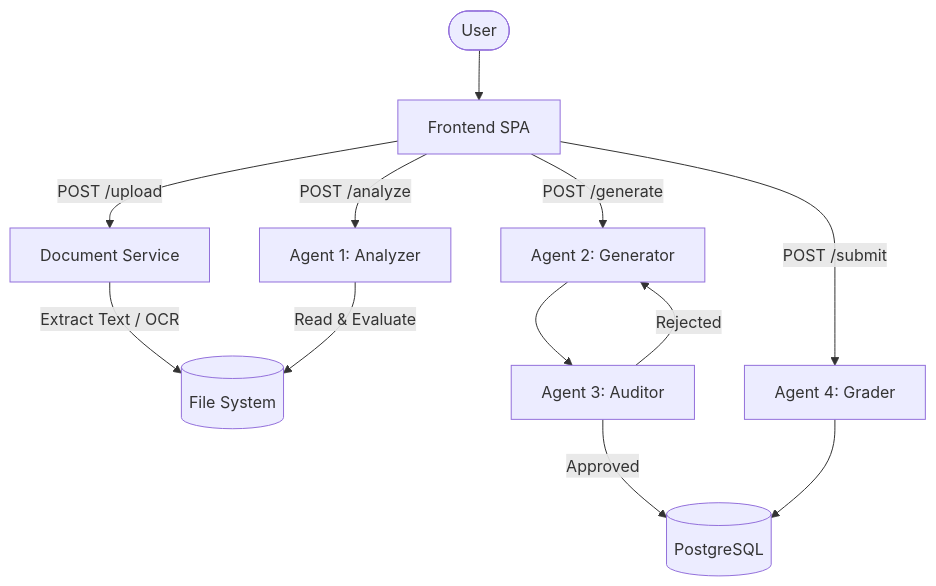
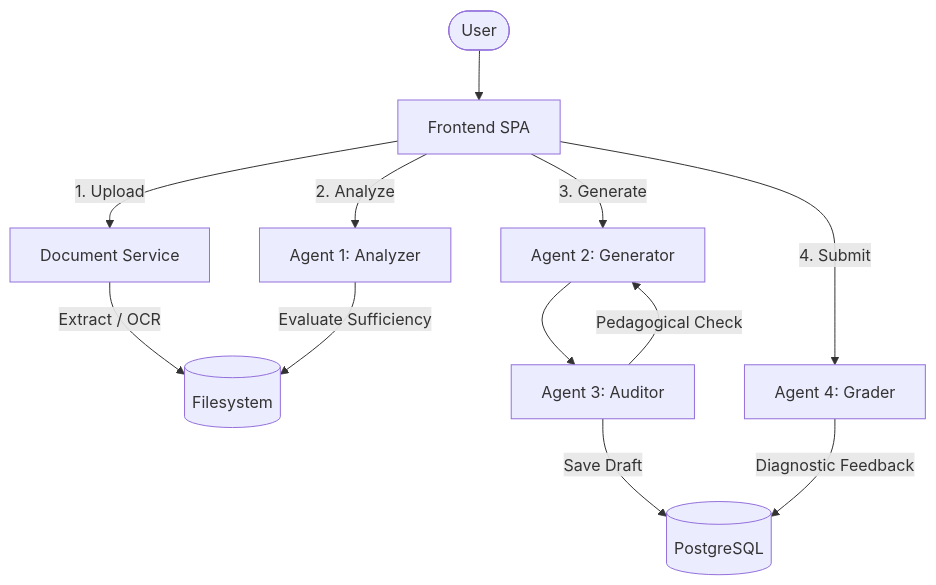
Before and after one commit to BeerBarnaby/QuizSensei: the diagram in README.md, drawn with Mermaid. The commit also changed other lines of this file and 7 other files, not shown here.

````diff
--- a/README.md
+++ b/README.md
@@ -7,17 +24,17 @@
 ```mermaid
 graph TD
     User([User]) --> UI[Frontend SPA]
-    UI -- "POST /upload" --> API[Document Service]
-    API -- "Extract Text / OCR" --> FS[(File System)]
+    UI -- "1. Upload" --> API[Document Service]
+    API -- "Extract / OCR" --> FS[(Filesystem)]
     
-    UI -- "POST /analyze" --> A1[Agent 1: Analyzer]
-    A1 -- "Read & Evaluate" --> FS
+    UI -- "2. Analyze" --> A1[Agent 1: Analyzer]
+    A1 -- "Evaluate Sufficiency" --> FS
     
-    UI -- "POST /generate" --> A2[Agent 2: Generator]
+    UI -- "3. Generate" --> A2[Agent 2: Generator]
     A2 --> A3[Agent 3: Auditor]
-    A3 -- "Rejected" --> A2
-    A3 -- "Approved" --> PG[(PostgreSQL)]
+    A3 -- "Pedagogical Check" --> A2
+    A3 -- "Save Draft" --> DB[(PostgreSQL)]
     
-    UI -- "POST /submit" --> A4[Agent 4: Grader]
-    A4 --> PG
+    UI -- "4. Submit" --> A4[Agent 4: Grader]
+    A4 -- "Diagnostic Feedback" --> DB
 ```
````
